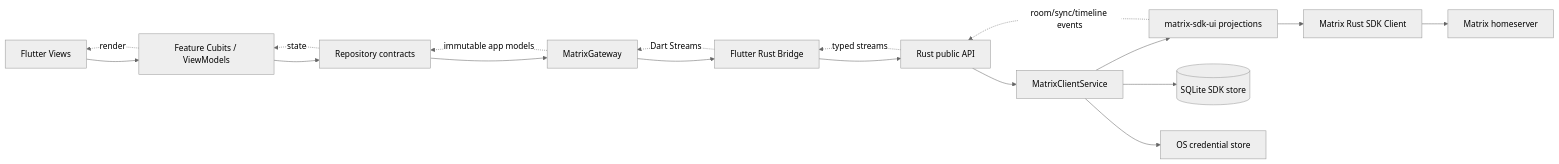
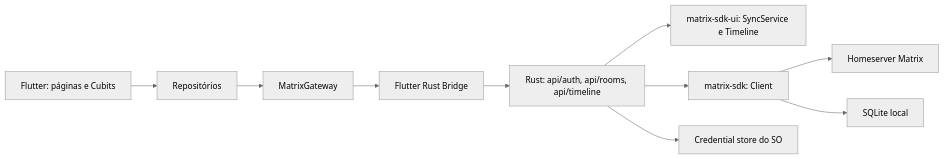
One commit to isacmoura/matrix-chat-desktop changed the diagram in docs/architecture.md. Above: the diagram before and after it, drawn with Mermaid (neutral theme). The commit also changed other lines of this file and 6 other files, not shown here.

````diff
--- a/docs/architecture.md
+++ b/docs/architecture.md
@@ -16,21 +10,12 @@
 ```mermaid
 flowchart LR
-    View[Flutter Views] --> VM[Feature Cubits / ViewModels]
-    VM --> Repo[Repository contracts]
+    UI[Flutter: páginas e Cubits] --> Repo[Repositórios]
     Repo --> Gateway[MatrixGateway]
     Gateway --> FRB[Flutter Rust Bridge]
-    FRB --> API[Rust public API]
-    API --> Service[MatrixClientService]
-    Service --> SDKUI[matrix-sdk-ui projections]
-    SDKUI --> SDK[Matrix Rust SDK Client]
-    SDK --> HS[Matrix homeserver]
-    Service --> Store[(SQLite SDK store)]
-    Service --> Secrets[OS credential store]
-
-    SDKUI -. room/sync/timeline events .-> API
-    API -. typed streams .-> FRB
-    FRB -. Dart Streams .-> Gateway
-    Gateway -. immutable app models .-> Repo
-    Repo -. state .-> VM
-    VM -. render .-> View
+    FRB --> API[Rust: api/auth, api/rooms, api/timeline]
+    API --> SDKUI[matrix-sdk-ui: SyncService e Timeline]
+    API --> SDK[matrix-sdk: Client]
+    SDK --> HS[Homeserver Matrix]
+    SDK --> SQLite[SQLite local]
+    API --> Keyring[Credential store do SO]
 ```
````
